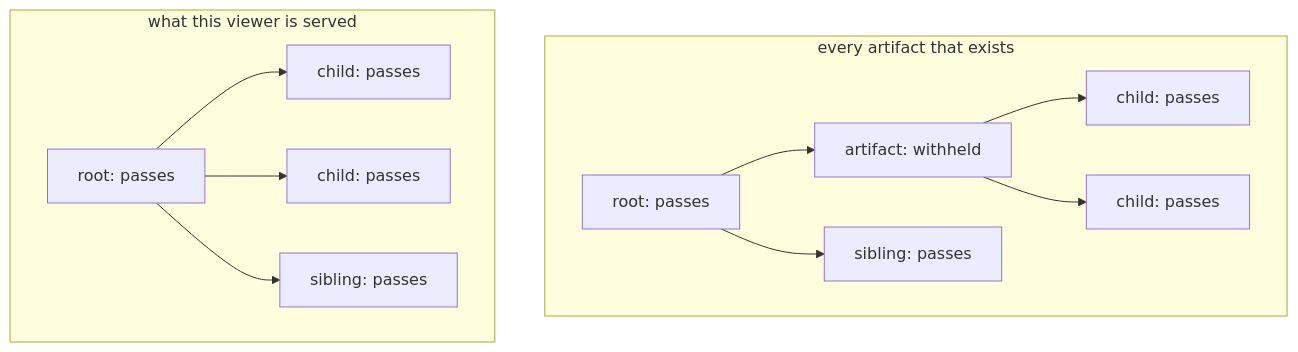
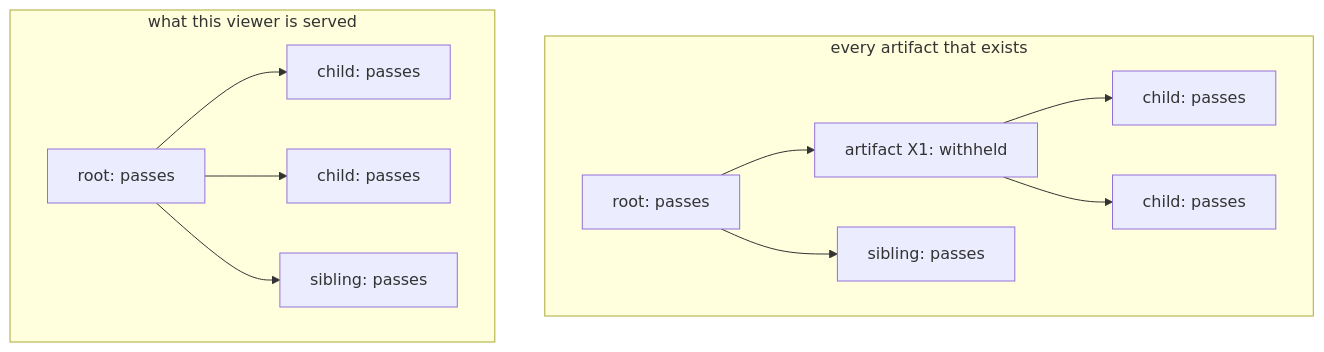
Before and after one commit to jennis0/tesseradb: the second of 3 diagrams in docs/system/annotations.md, drawn with Mermaid. The commit also changed other lines of this file, not shown here.

````diff
--- a/docs/system/annotations.md
+++ b/docs/system/annotations.md
@@ -238,14 +142,14 @@
 ```mermaid
 flowchart TB
   subgraph before["every artifact that exists"]
-    R1["root: passes"] --> X1["artifact: withheld"]
+    R1["root: passes"] --> X1["artifact X1: withheld"]
     X1 --> C1a["child: passes"]
     X1 --> C1b["child: passes"]
     R1 --> D1["sibling: passes"]
   end
   subgraph after["what this viewer is served"]
     R2["root: passes"] --> C2a["child: passes"]
     R2 --> C2b["child: passes"]
     R2 --> D2["sibling: passes"]
   end
 ```
````
